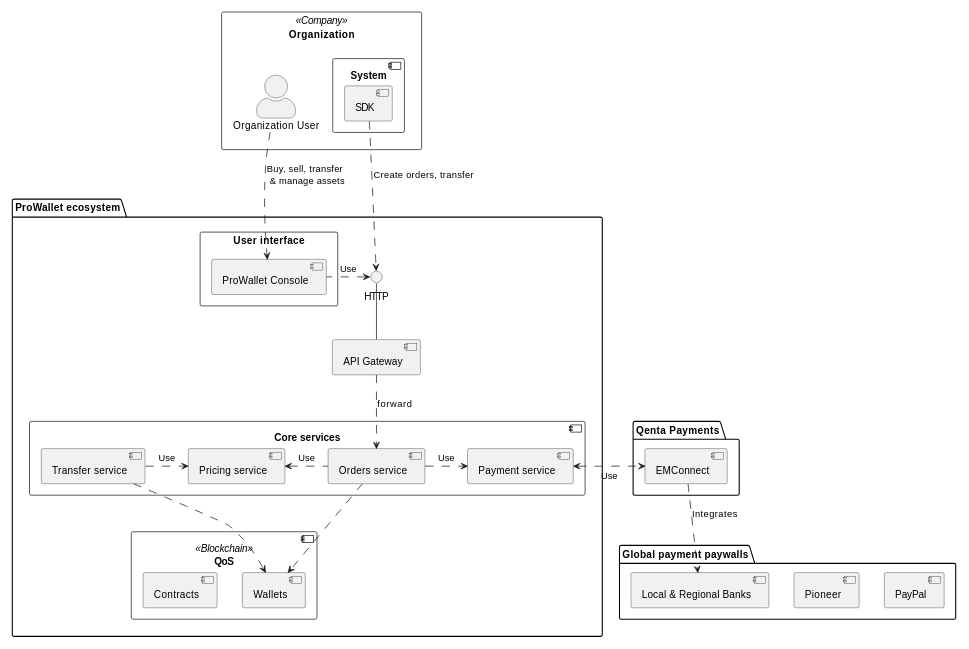
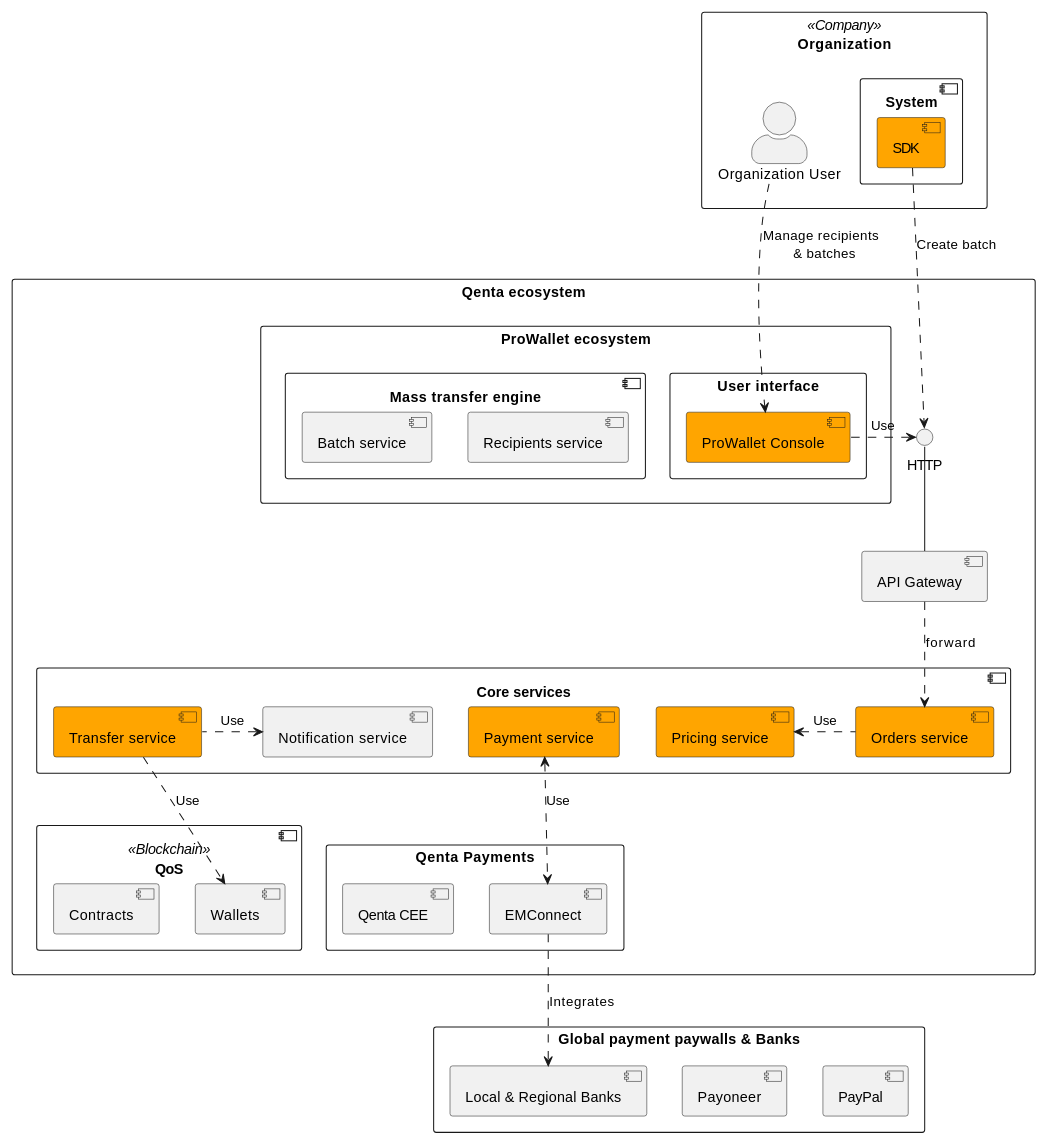
The diagram in Writerside/topics/Treasury-Management.md (qenta-cee/developer-qenta-com), drawn with PlantUML before and after one commit. The commit also changed 1 other file, not shown here.

Commit message:
Doc(TreasuryManagement): add reference architecture diagrams

````diff
--- a/Writerside/topics/Treasury-Management.md
+++ b/Writerside/topics/Treasury-Management.md
@@ -5,64 +5,78 @@
 ```plantuml
 @startuml
 
-scale max 800 width
+scale max 870 width
 skinparam actorStyle awesome
-
 
 rectangle "Organization" <<Company>> {
     component "System" {
-        [SDK]
+        [SDK] #orange
     }
     actor "Organization User" as OU
 }
 
-package "ProWallet ecosystem" {
+rectangle "Qenta ecosystem" {
+
     interface "HTTP" as HTTP
     HTTP -down- [API Gateway]
     
-    rectangle "User interface" {
-        [ProWallet Console]
+    rectangle "ProWallet ecosystem" {
+
+
+        rectangle "User interface" {
+            [ProWallet Console] #orange
+        }
+
+        component "Mass transfer engine" as engine {
+            [Recipients service]
+            [Batch service]
+        }
+
+
     }
-    
-    component "Core services" as engine {
-        [Transfer service]
-        [Orders service]
-        [Pricing service]
-        [Payment service]
+
+    rectangle "Qenta Payments" {
+        [EMConnect]
+        [Qenta CEE]
     }
-    
+
+    component "Core services" as core {
+            [Pricing service] #orange
+            [Notification service]
+            [Payment service] #orange
+            [Orders service] #orange
+            [Transfer service] #orange
+        }
+
     component "QoS" as BC <<Blockchain>> {
         [Wallets]
         [Contracts]
     }
-    
+
 }
 
-package "Qenta Payments" {
-    [EMConnect]
-}
-
-package "Global payment paywalls" {
+rectangle "Global payment paywalls & Banks" {
     [PayPal]
-    [Pioneer]
+    [Payoneer]
     [Local & Regional Banks]
 }
 
-OU .down.> [ProWallet Console] : Buy, sell, transfer \n & manage assets
+
+OU .down.> [ProWallet Console] : Manage recipients \n & batches
 
 [ProWallet Console] .left.> [HTTP] : Use
-[SDK] .down.> [HTTP] : Create orders, transfer
+[SDK] .down.> [HTTP] : Create batch
 
 [API Gateway] .down.> [Orders service] : forward
+
 [Orders service] .left.> [Pricing service] : Use
-[Orders service] .right.> [Payment service] : Use
-[Transfer service] .right.> [Pricing service] : Use
+[Transfer service] .left.> [Notification service] : Use
 
-[Transfer service] .down.> [Wallets]
-[Orders service] .down.> [Wallets]
+[Transfer service] .down.> [Wallets] : Use
 
-[Payment service] <.right.> [EMConnect] : Use
+[Payment service] <.down.> [EMConnect] : Use
+
 [EMConnect] .down.> [Local & Regional Banks] : Integrates
 
 @enduml
 ```
````
